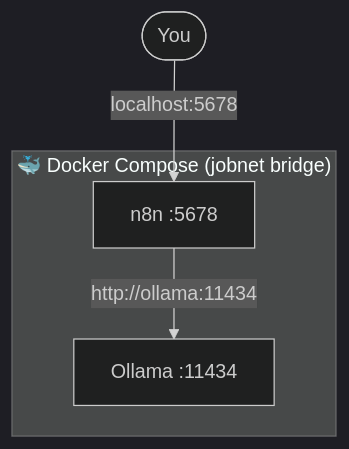
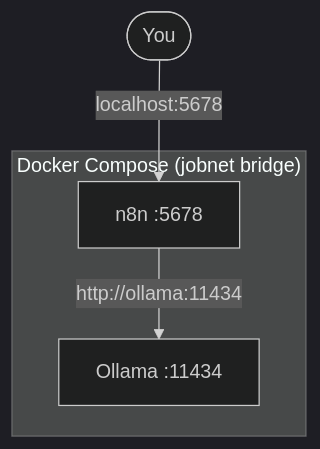
The second of 2 diagrams in README.md (yvk9/sturdy-octo-computing-machine), drawn with Mermaid (dark theme) before and after one commit. The commit also changed other lines of this file, not shown here.

````diff
--- a/README.md
+++ b/README.md
@@ -45,7 +45,7 @@
 ```mermaid
 flowchart TB
-    subgraph Docker["🐳 Docker Compose (jobnet bridge)"]
+    subgraph Docker[" Docker Compose (jobnet bridge)"]
         N[n8n :5678] -->|http://ollama:11434| O[Ollama :11434]
     end
     User([You]) -->|localhost:5678| N
 ```
````
